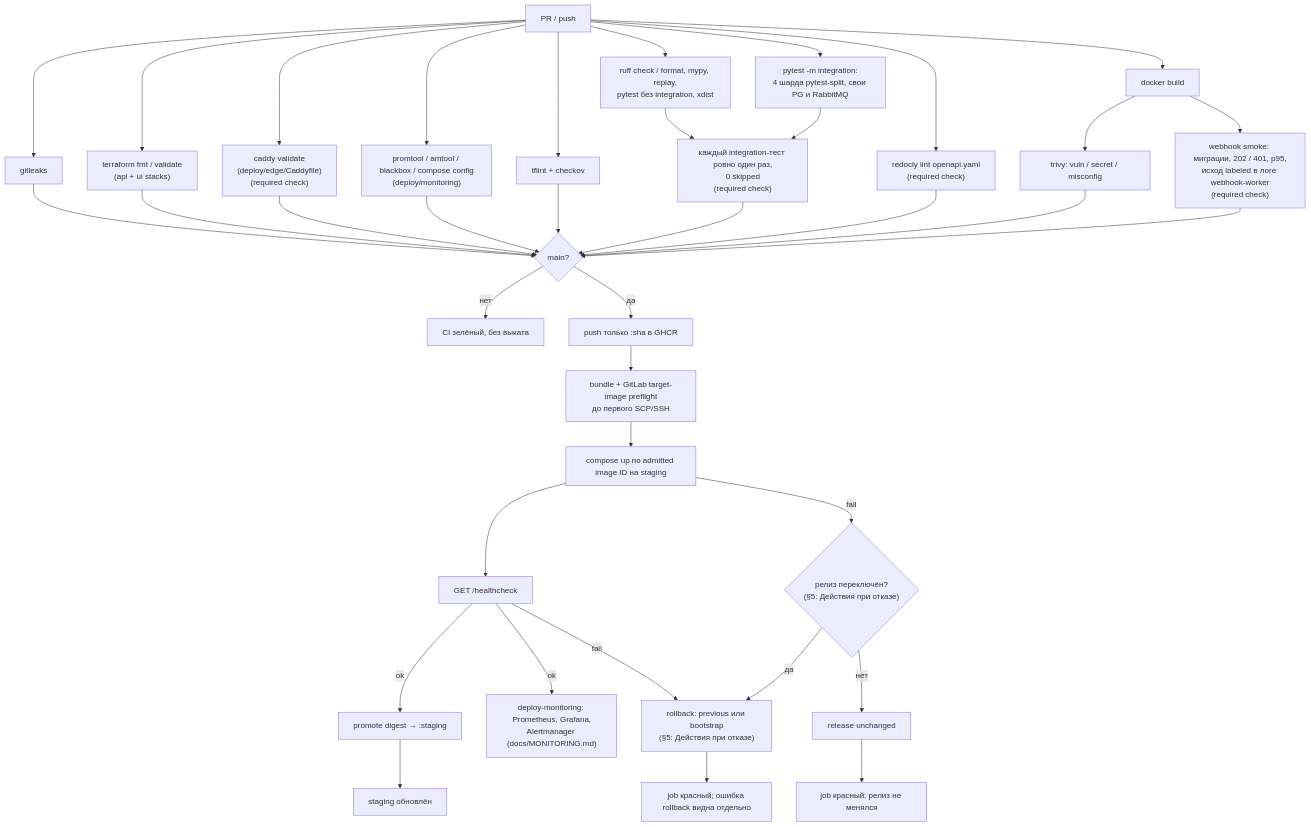
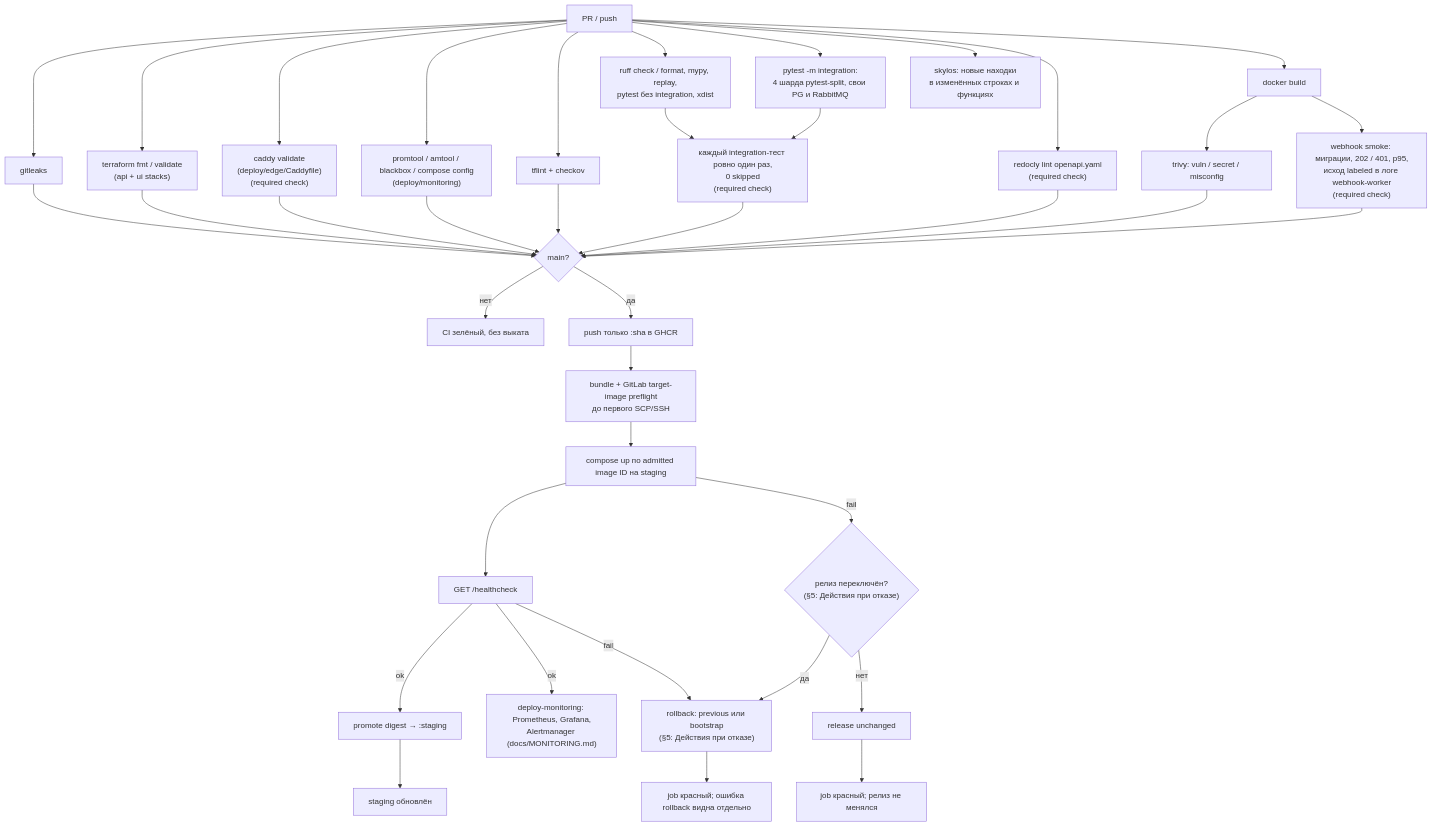
Before and after one commit to larchanka-training/dmc-268-api-t6: the diagram in docs/CICD.md, drawn with Mermaid. The commit also changed other lines of this file, not shown here.

First line of the commit message:
docs(cicd): describe the Skylos quality job (#263)

````diff
--- a/docs/CICD.md
+++ b/docs/CICD.md
@@ -15,39 +15,40 @@
 ```mermaid
 flowchart TD
   pr["PR / push"] --> secrets["gitleaks"]
   pr --> tf["terraform fmt / validate\n(api + ui stacks)"]
   pr --> caddy["caddy validate\n(deploy/edge/Caddyfile)\n(required check)"]
   pr --> mon["promtool / amtool / blackbox / compose config\n(deploy/monitoring)"]
   pr --> lint["tflint + checkov"]
   pr --> unit["ruff check / format, mypy, replay,\npytest без integration, xdist"]
   pr --> integ["pytest -m integration:\n4 шарда pytest-split, свои PG и RabbitMQ"]
   unit --> py["каждый integration-тест ровно один раз,\n0 skipped\n(required check)"]
+  pr --> skylos["skylos: новые находки\nв изменённых строках и функциях"]
   integ --> py
   pr --> oas["redocly lint openapi.yaml\n(required check)"]
   pr --> build["docker build"]
   build --> scan["trivy: vuln / secret / misconfig"]
   build --> smoke["webhook smoke: миграции, 202 / 401, p95,\nисход labeled в логе webhook-worker\n(required check)"]
   secrets --> gate{"main?"}
   py --> gate
   tf --> gate
   caddy --> gate
   mon --> gate
   lint --> gate
   scan --> gate
   oas --> gate
   smoke --> gate
   gate -->|нет| stop["CI зелёный, без выката"]
   gate -->|да| push["push только :sha в GHCR"]
   push --> admission["bundle + GitLab target-image preflight\nдо первого SCP/SSH"]
   admission --> deploy["compose up по admitted image ID на staging"]
   deploy --> health["GET /healthcheck"]
   health -->|ok| promote["promote digest → :staging"]
   promote --> done["staging обновлён"]
   health -->|ok| monitoring["deploy-monitoring: Prometheus, Grafana,\nAlertmanager (docs/MONITORING.md)"]
   health -->|fail| rb["rollback: previous или bootstrap\n(§5: Действия при отказе)"]
   deploy -->|fail| switched{"релиз переключён?\n(§5: Действия при отказе)"}
   switched -->|да| rb
   switched -->|нет| unchanged["release unchanged"]
   unchanged --> unchanged_fail["job красный; релиз не менялся"]
   rb --> fail["job красный; ошибка rollback видна отдельно"]
 ```
````
